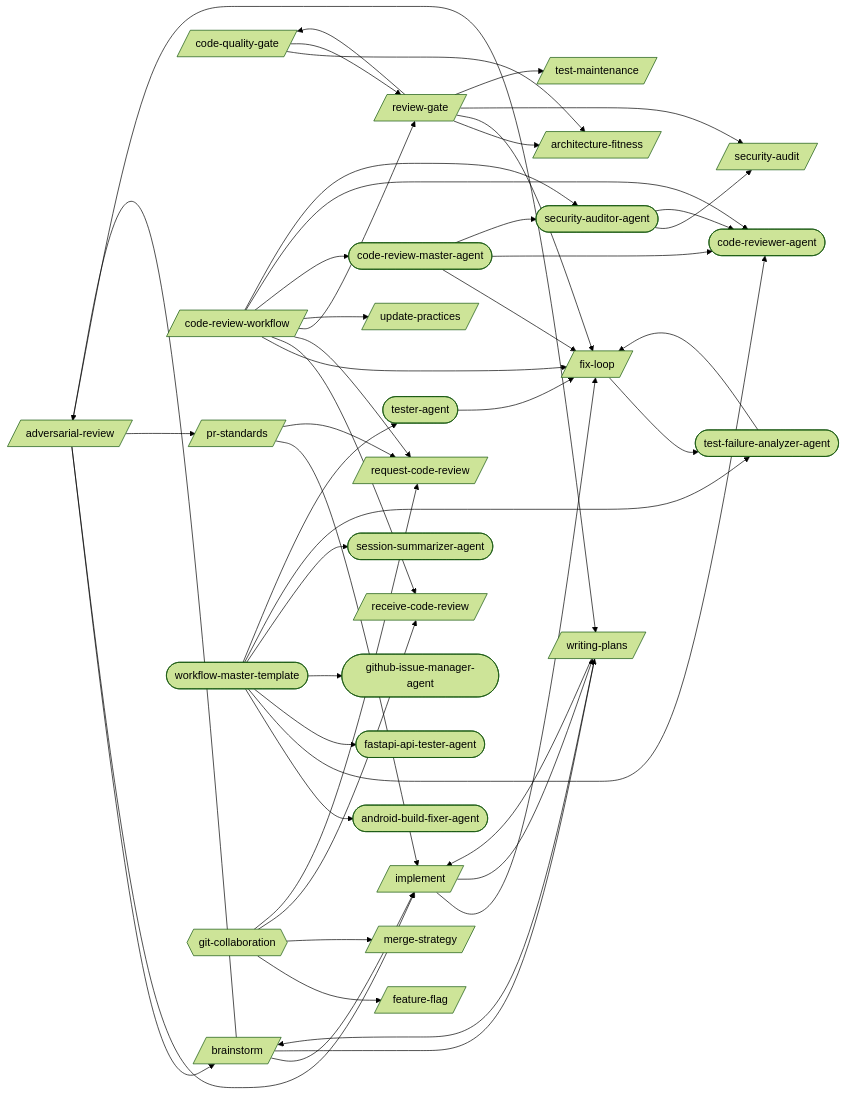
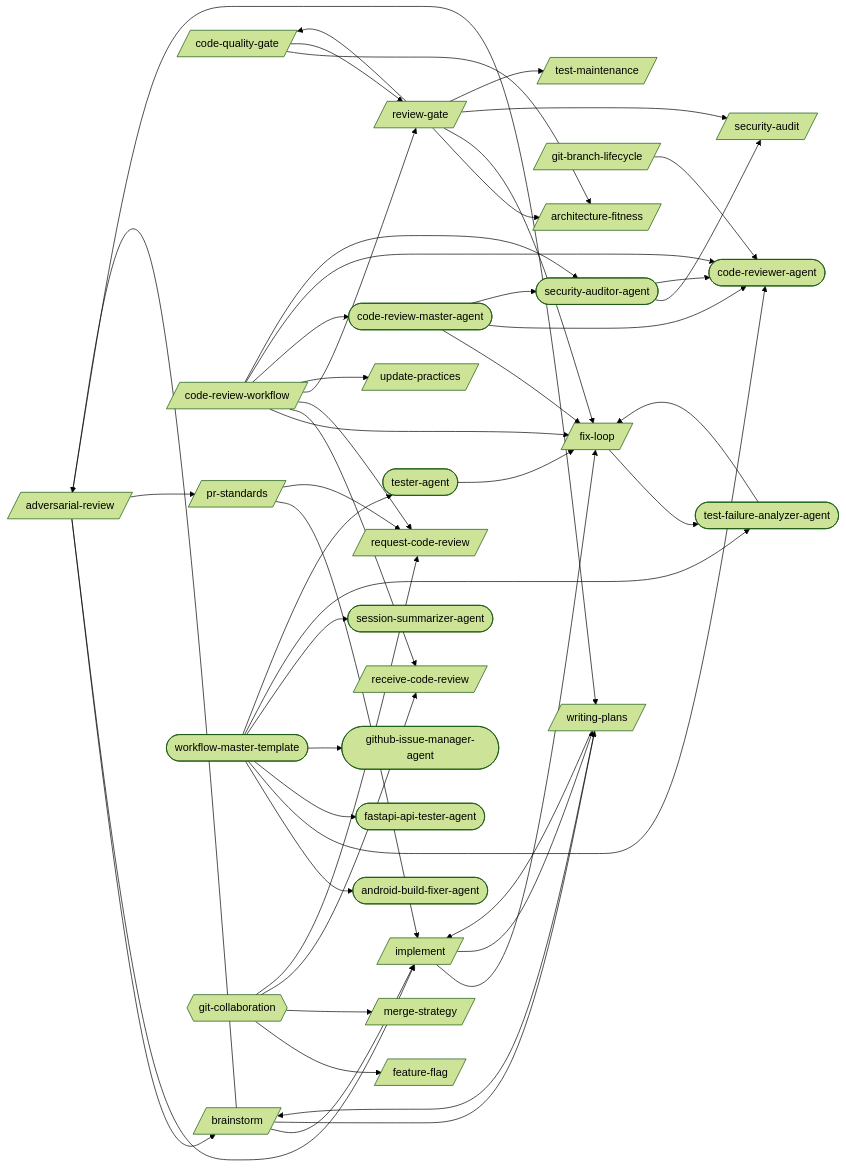
One commit to abhayla/claude-best-practices changed the first of 22 diagrams in docs/workflows/code-review.md. Above: the diagram before and after it, drawn with Mermaid (forest theme). The commit also changed other lines of this file and 23 other files, not shown here.

````diff
--- a/docs/workflows/code-review.md
+++ b/docs/workflows/code-review.md
@@ -9,78 +9,80 @@
 ```mermaid
 graph LR
     adversarial_review[/adversarial-review/]
     architecture_fitness[/architecture-fitness/]
     brainstorm[/brainstorm/]
     code_quality_gate[/code-quality-gate/]
     code_review_workflow[/code-review-workflow/]
     feature_flag[/feature-flag/]
     fix_loop[/fix-loop/]
+    git_branch_lifecycle[/git-branch-lifecycle/]
     implement[/implement/]
     merge_strategy[/merge-strategy/]
     pr_standards[/pr-standards/]
     receive_code_review[/receive-code-review/]
     request_code_review[/request-code-review/]
     review_gate[/review-gate/]
     security_audit[/security-audit/]
     test_maintenance[/test-maintenance/]
     update_practices[/update-practices/]
     writing_plans[/writing-plans/]
     android_build_fixer_agent([android-build-fixer-agent])
     code_review_master_agent([code-review-master-agent])
     code_reviewer_agent([code-reviewer-agent])
     fastapi_api_tester_agent([fastapi-api-tester-agent])
     github_issue_manager_agent([github-issue-manager-agent])
     security_auditor_agent([security-auditor-agent])
     session_summarizer_agent([session-summarizer-agent])
     test_failure_analyzer_agent([test-failure-analyzer-agent])
     tester_agent([tester-agent])
     workflow_master_template([workflow-master-template])
     git_collaboration{{git-collaboration}}
     adversarial_review --> brainstorm
     adversarial_review --> implement
     adversarial_review --> pr_standards
     adversarial_review --> writing_plans
     brainstorm --> adversarial_review
     brainstorm --> implement
     brainstorm --> writing_plans
     code_quality_gate --> architecture_fitness
     code_quality_gate --> review_gate
     code_review_workflow --> fix_loop
     code_review_workflow --> receive_code_review
     code_review_workflow --> request_code_review
     code_review_workflow --> review_gate
     code_review_workflow --> update_practices
     code_review_workflow --> code_review_master_agent
     code_review_workflow --> code_reviewer_agent
     code_review_workflow --> security_auditor_agent
     fix_loop --> test_failure_analyzer_agent
+    git_branch_lifecycle --> code_reviewer_agent
     implement --> fix_loop
     implement --> writing_plans
     pr_standards --> implement
     pr_standards --> request_code_review
     review_gate --> architecture_fitness
     review_gate --> code_quality_gate
     review_gate --> fix_loop
     review_gate --> security_audit
     review_gate --> test_maintenance
     writing_plans --> brainstorm
     writing_plans --> implement
     code_review_master_agent --> fix_loop
     code_review_master_agent --> code_reviewer_agent
     code_review_master_agent --> security_auditor_agent
     security_auditor_agent --> security_audit
     security_auditor_agent --> code_reviewer_agent
     test_failure_analyzer_agent --> fix_loop
     tester_agent --> fix_loop
     workflow_master_template --> android_build_fixer_agent
     workflow_master_template --> code_reviewer_agent
     workflow_master_template --> fastapi_api_tester_agent
     workflow_master_template --> github_issue_manager_agent
     workflow_master_template --> session_summarizer_agent
     workflow_master_template --> test_failure_analyzer_agent
     workflow_master_template --> tester_agent
     git_collaboration --> feature_flag
     git_collaboration --> merge_strategy
     git_collaboration --> receive_code_review
     git_collaboration --> request_code_review
 ```
````
